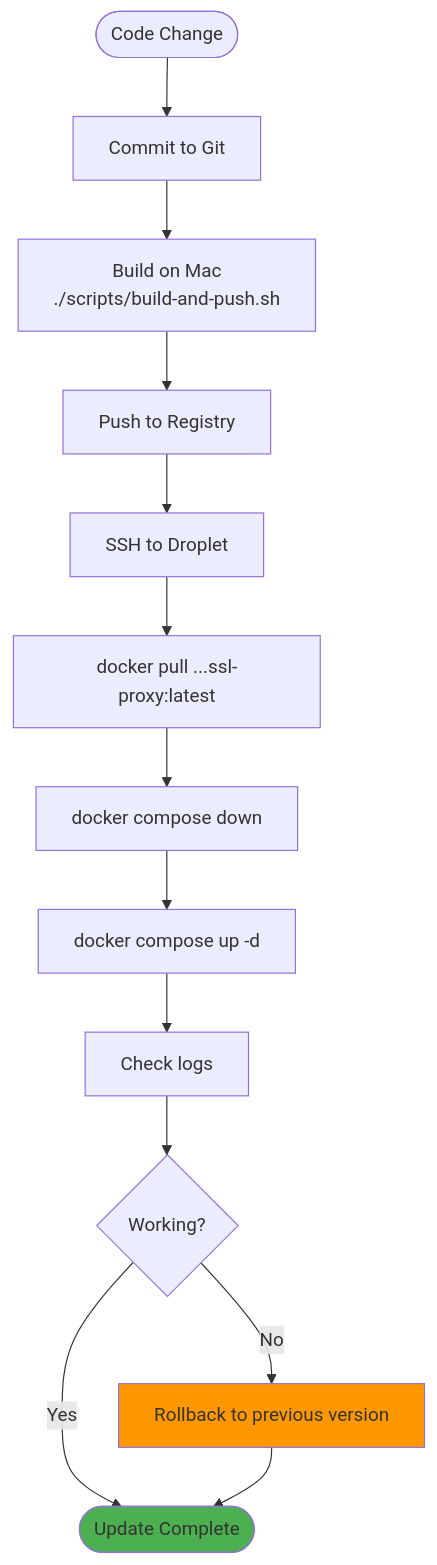
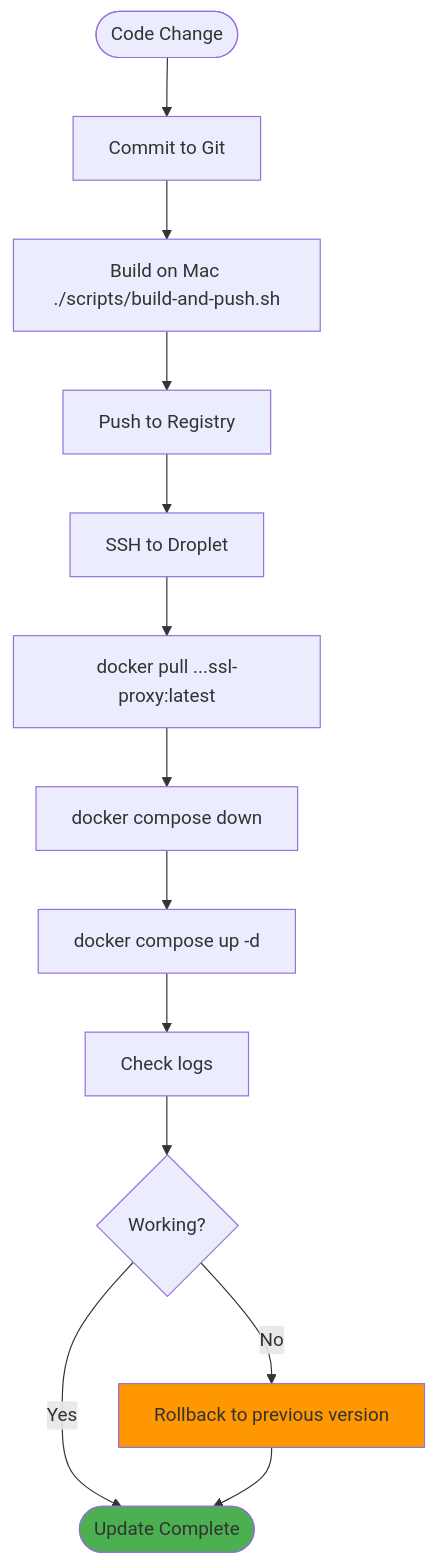
The eighth of 9 diagrams in wiki/Deployment-Workflow.md (softwarewrighter/ssl-proxy-for-do), drawn with Mermaid before and after one commit. The commit also changed other lines of this file and 7 other files, not shown here.

First line of the commit message:
Fix wiki Mermaid diagrams: remove remaining <br/> tags

````diff
--- a/wiki/Deployment-Workflow.md
+++ b/wiki/Deployment-Workflow.md
@@ -522,22 +522,22 @@
 ```mermaid
 graph TB
     Start([Code Change]) --> Commit[Commit to Git]
-    Commit --> BuildLocal[Build on Mac<br/>./scripts/build-and-push.sh]
+    Commit --> BuildLocal[Build on Mac ./scripts/build-and-push.sh]
     BuildLocal --> PushReg[Push to Registry]
 
     PushReg --> SSHDrop[SSH to Droplet]
     SSHDrop --> PullNew[docker pull ...ssl-proxy:latest]
 
     PullNew --> StopOld[docker compose down]
     StopOld --> StartNew[docker compose up -d]
 
     StartNew --> CheckLogs[Check logs]
     CheckLogs --> Verify{Working?}
 
     Verify -->|Yes| Success([Update Complete])
     Verify -->|No| Rollback[Rollback to previous version]
     Rollback --> Success
 
     style Success fill:#4CAF50
     style Rollback fill:#FF9800
 ```
````
